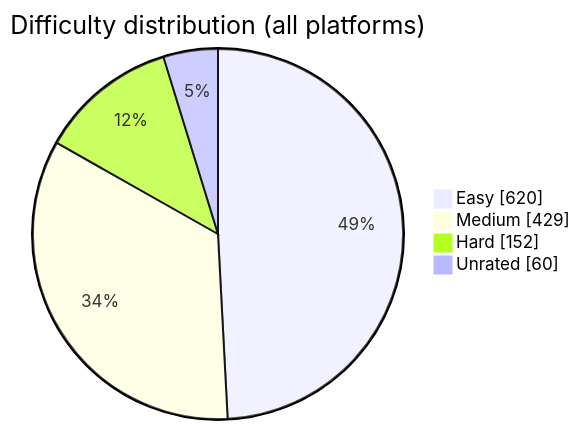
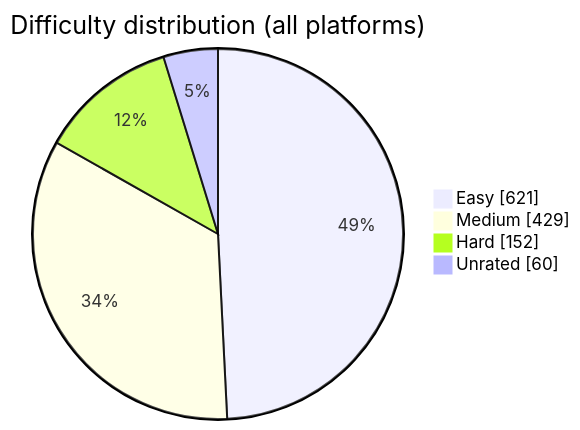
The diagram in README.md (BuildbyArindam/Daily-Coding-Log), drawn with Mermaid before and after one commit. The commit also changed other lines of this file, not shown here.

````diff
--- a/README.md
+++ b/README.md
@@ -93,7 +93,7 @@
 ```mermaid
 pie showData title Difficulty distribution (all platforms)
-    "Easy" : 620
+    "Easy" : 621
     "Medium" : 429
     "Hard" : 152
     "Unrated" : 60
 ```
````
